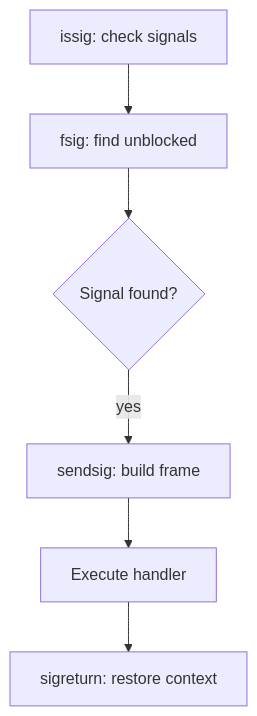
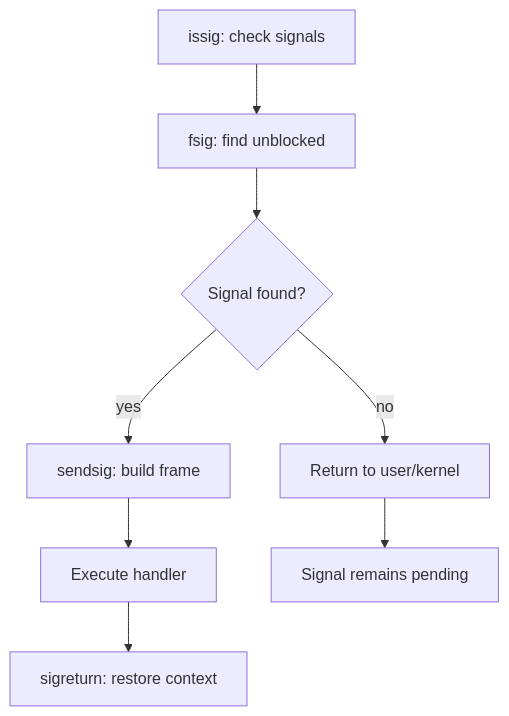
One commit to macsplit/unix_doc changed the diagram in diagrams/1.3-signal-delivery.mmd. Above: the diagram before and after it, drawn with Mermaid. The commit also changed 9 other files, not shown here.

First line of the commit message:
Improve technical diagrams based on academic feedback

```diff
--- a/diagrams/1.3-signal-delivery.mmd
+++ b/diagrams/1.3-signal-delivery.mmd
@@ -1,6 +1,8 @@
 graph TD
     A[issig: check signals] --> B[fsig: find unblocked]
     B --> C{Signal found?}
     C -->|yes| D[sendsig: build frame]
+    C -->|no| G[Return to user/kernel]
     D --> E[Execute handler]
     E --> F[sigreturn: restore context]
+    G --> H[Signal remains pending]
```
